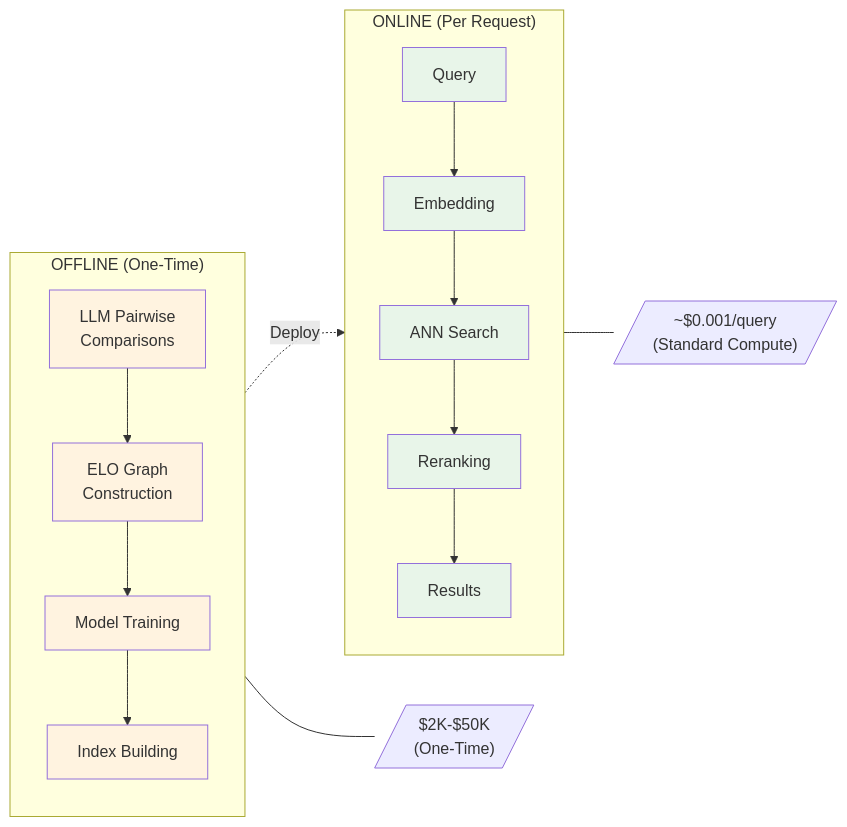
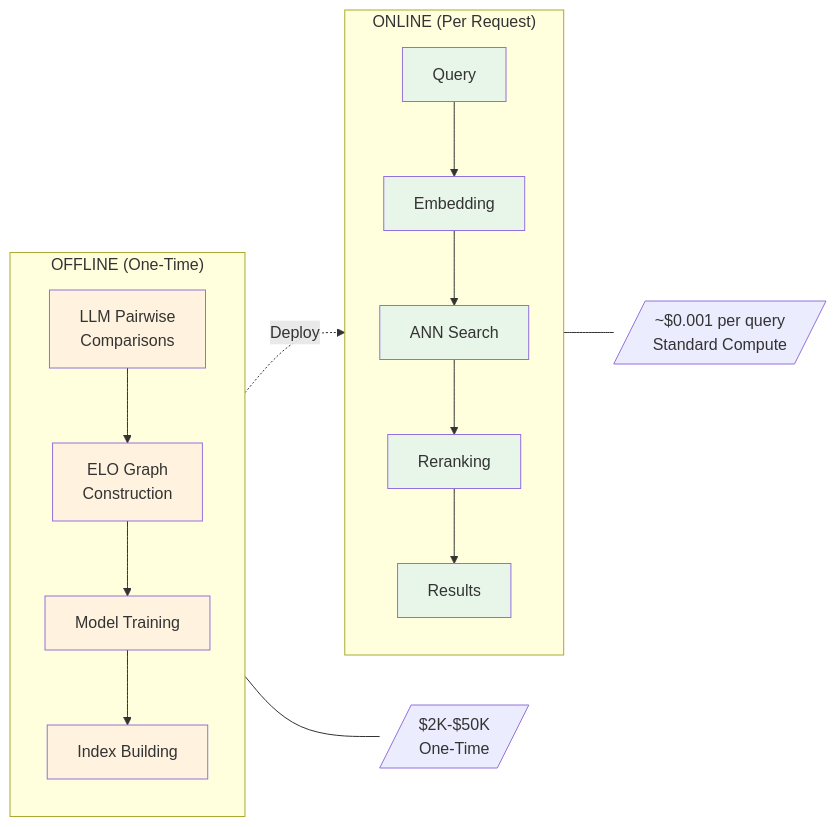
The seventh of 29 diagrams in ANMI_comparision.md (Pendu/Advanced-Retreival-and-Re-ranking), drawn with Mermaid before and after one commit. The commit also changed other lines of this file, not shown here.

Commit message:
Fixed the flow diagrams in the comparision file.

````diff
--- a/ANMI_comparision.md
+++ b/ANMI_comparision.md
@@ -333,36 +336,36 @@
 ```mermaid
 flowchart LR
     subgraph "OFFLINE (One-Time)"
         direction TB
         O1[LLM Pairwise<br/>Comparisons] --> O2[ELO Graph<br/>Construction]
         O2 --> O3[Model Training]
         O3 --> O4[Index Building]
         
         style O1 fill:#fff3e0
         style O2 fill:#fff3e0
         style O3 fill:#fff3e0
         style O4 fill:#fff3e0
     end
     
     subgraph "ONLINE (Per Request)"
         direction TB
         I1[Query] --> I2[Embedding]
         I2 --> I3[ANN Search]
         I3 --> I4[Reranking]
         I4 --> I5[Results]
         
         style I1 fill:#e8f5e9
         style I2 fill:#e8f5e9
         style I3 fill:#e8f5e9
         style I4 fill:#e8f5e9
         style I5 fill:#e8f5e9
     end
     
     O4 -.->|Deploy| I2
     
-    COST1[/"$2K-$50K<br/>(One-Time)"/]
-    COST2[/"~$0.001/query<br/>(Standard Compute)"/]
+    COST1[/"$2K-$50K<br/>One-Time"/]
+    COST2[/"~$0.001 per query<br/>Standard Compute"/]
     
     O4 --- COST1
     I5 --- COST2
 ```
````
